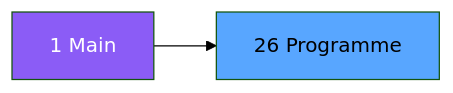
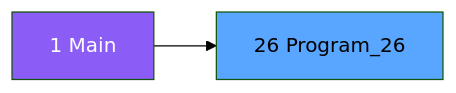
The second of 3 diagrams in .openspec/specs/ADH-IDE-26.md (thonyAGP/magic-migration), drawn with Mermaid (forest theme) before and after one commit. The commit also changed other lines of this file and 323 other files, not shown here.

````diff
--- a/.openspec/specs/ADH-IDE-26.md
+++ b/.openspec/specs/ADH-IDE-26.md
@@ -98,8 +105,8 @@
 ```mermaid
 graph LR
     M[1 Main]
-    T[26 Programme]
+    T[26 Program_26]
     M --> T
     style M fill:#8b5cf6,color:#fff
     style T fill:#58a6ff,color:#000
 ```
````
